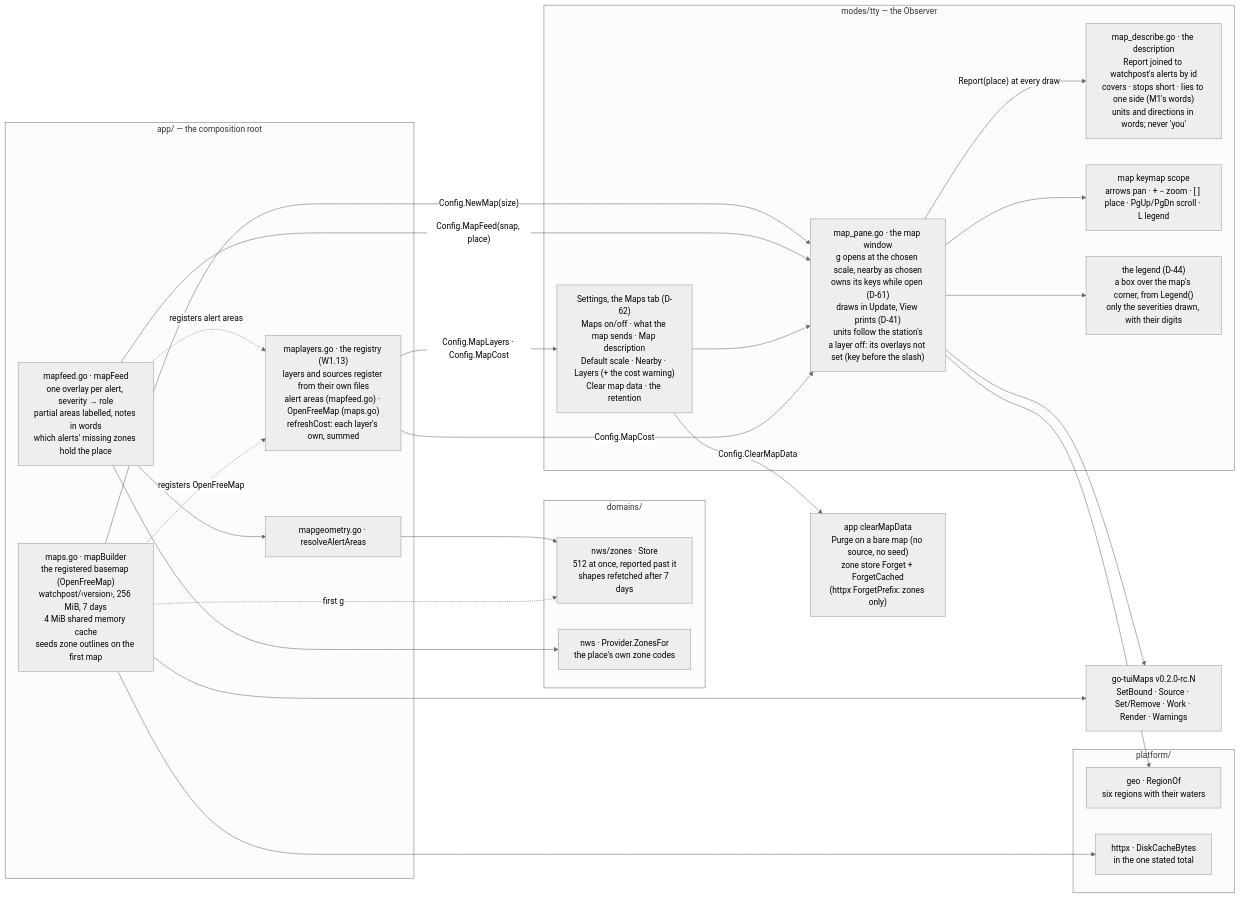
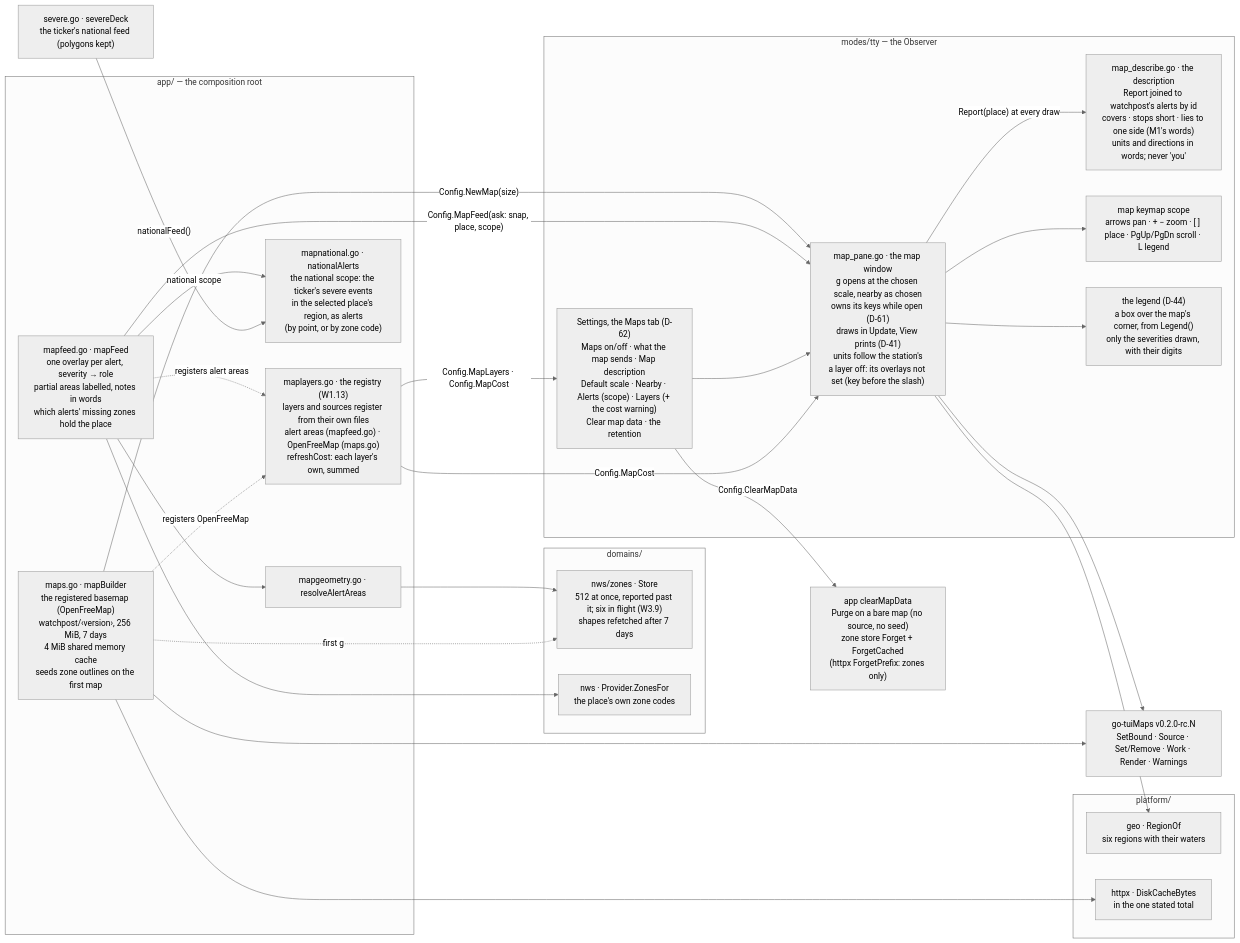
The first of 3 diagrams in 06_docs/02_features/observer-maps/03-architecture-design/as-built-map.md (branden-thompson/watchpost), drawn with Mermaid (neutral theme) before and after one commit. The commit also changed other lines of this file and 35 other files, not shown here.

First line of the commit message:
0.18.0 batch 10: the alert scope with the region's national severe events; zone politeness

````diff
--- a/06_docs/02_features/observer-maps/03-architecture-design/as-built-map.md
+++ b/06_docs/02_features/observer-maps/03-architecture-design/as-built-map.md
@@ -21,43 +21,46 @@
 ```mermaid
 flowchart LR
   subgraph app["app/ — the composition root"]
     MB["maps.go · mapBuilder\nthe registered basemap (OpenFreeMap)\nwatchpost/‹version›, 256 MiB, 7 days\n4 MiB shared memory cache\nseeds zone outlines on the first map"]
     REG["maplayers.go · the registry (W1.13)\nlayers and sources register from their own files\nalert areas (mapfeed.go) · OpenFreeMap (maps.go)\nrefreshCost: each layer's own, summed"]
     MF["mapfeed.go · mapFeed\none overlay per alert, severity → role\npartial areas labelled, notes in words\nwhich alerts' missing zones hold the place"]
     MG["mapgeometry.go · resolveAlertAreas"]
+    MN["mapnational.go · nationalAlerts\nthe national scope: the ticker's severe events\nin the selected place's region, as alerts\n(by point, or by zone code)"]
   end
   subgraph domains["domains/"]
-    ZS["nws/zones · Store\n512 at once, reported past it\nshapes refetched after 7 days"]
+    ZS["nws/zones · Store\n512 at once, reported past it; six in flight (W3.9)\nshapes refetched after 7 days"]
     WS["nws · Provider.ZonesFor\nthe place's own zone codes"]
   end
   subgraph tty["modes/tty — the Observer"]
     MW["map_pane.go · the map window\ng opens at the chosen scale, nearby as chosen\nowns its keys while open (D-61)\ndraws in Update, View prints (D-41)\nunits follow the station's\na layer off: its overlays not set (key before the slash)"]
     MD["map_describe.go · the description\nReport joined to watchpost's alerts by id\ncovers · stops short · lies to one side (M1's words)\nunits and directions in words; never 'you'"]
     MK["map keymap scope\narrows pan · + − zoom · [ ] place · PgUp/PgDn scroll · L legend"]
     LG["the legend (D-44)\na box over the map's corner, from Legend()\nonly the severities drawn, with their digits"]
-    ST2["Settings, the Maps tab (D-62)\nMaps on/off · what the map sends · Map description\nDefault scale · Nearby · Layers (+ the cost warning)\nClear map data · the retention"]
+    ST2["Settings, the Maps tab (D-62)\nMaps on/off · what the map sends · Map description\nDefault scale · Nearby · Alerts (scope) · Layers (+ the cost warning)\nClear map data · the retention"]
   end
   subgraph plat["platform/"]
     RG["geo · RegionOf\nsix regions with their waters"]
     HX["httpx · DiskCacheBytes\nin the one stated total"]
   end
   L["go-tuiMaps v0.2.0-rc.N\nSetBound · Source · Set/Remove · Work · Render · Warnings"]
   MB -- "Config.NewMap(size)" --> MW
-  MF -- "Config.MapFeed(snap, place)" --> MW
+  MF -- "Config.MapFeed(ask: snap, place, scope)" --> MW
   MF --> MG --> ZS
+  MF -- "national scope" --> MN
+  SD["severe.go · severeDeck\nthe ticker's national feed (polygons kept)"] -- "nationalFeed()" --> MN
   MF --> WS
   MB -. "first g" .-> ZS
   MW --> RG
   MW --> MK
   MW --> LG
   ST2 --> MW
   ST2 -- "Config.ClearMapData" --> CL["app clearMapData\nPurge on a bare map (no source, no seed)\nzone store Forget + ForgetCached\n(httpx ForgetPrefix: zones only)"]
   MW -- "Report(place) at every draw" --> MD
   MW --> L
   MB --> L
   MB --> HX
   MF -. "registers alert areas" .-> REG
   MB -. "registers OpenFreeMap" .-> REG
   REG -- "Config.MapLayers · Config.MapCost" --> ST2
   REG -- "Config.MapCost" --> MW
 ```
````
